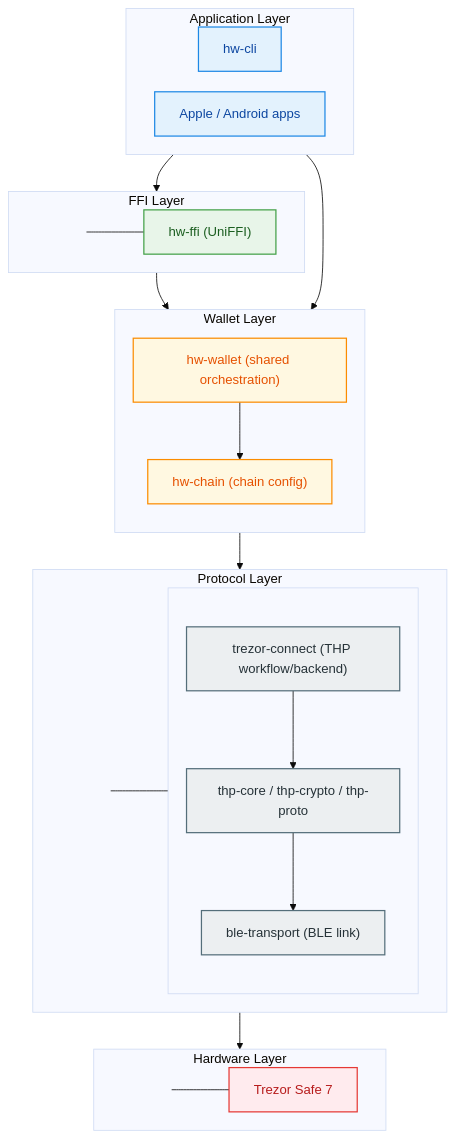
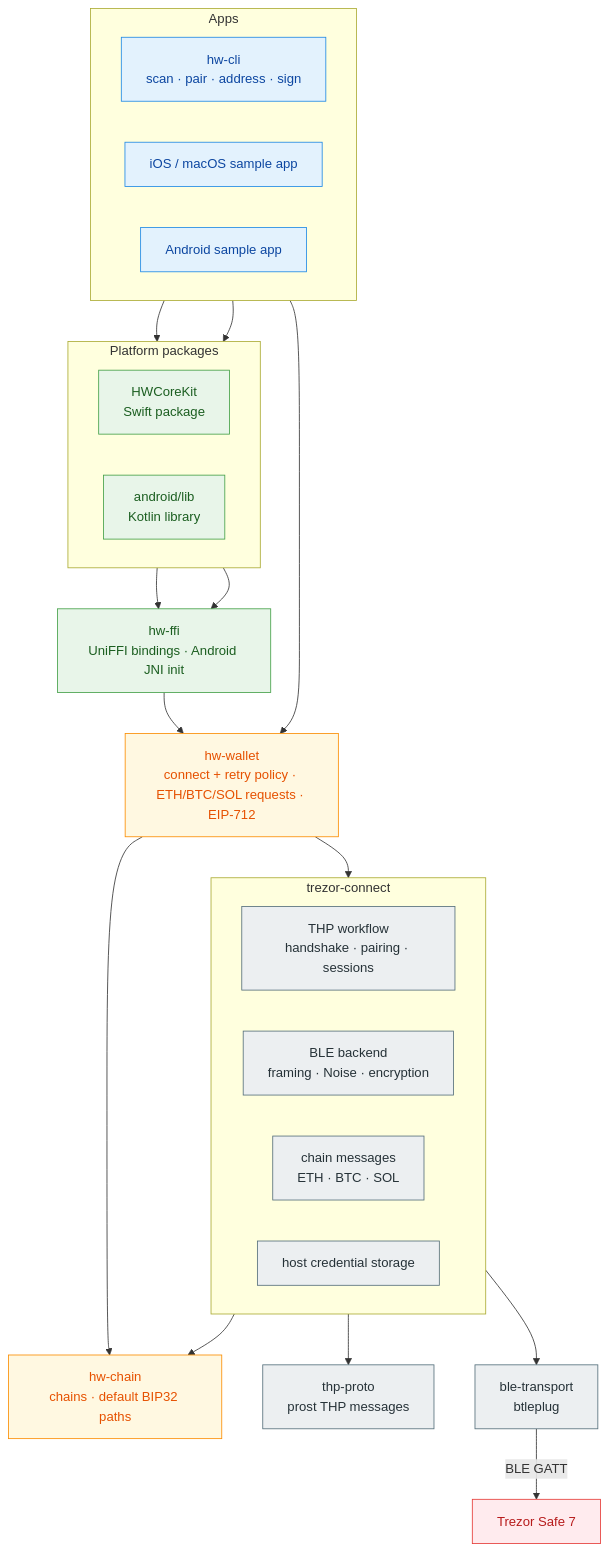
The diagram in README.md (hewigovens/hw-core), drawn with Mermaid before and after one commit. The commit also changed other lines of this file and 25 other files, not shown here.

First line of the commit message:
refactor: remove unused thp-core and thp-crypto crates (#95)

````diff
--- a/README.md
+++ b/README.md
@@ -23,64 +23,53 @@
 ```mermaid
-%%{init: {'theme':'base', 'flowchart': {'rankSpacing': 45, 'nodeSpacing': 25, 'curve': 'basis'}}}%%
 flowchart TB
-  subgraph L1["Application Layer"]
+  subgraph apps["Apps"]
     direction LR
-    CLI["hw-cli"]
-    APP["Apple / Android apps"]
+    CLI["hw-cli<br/>scan · pair · address · sign"]
+    APPLE["iOS / macOS sample app"]
+    ANDROID["Android sample app"]
   end
 
-  subgraph L2["FFI Layer"]
+  subgraph packages["Platform packages"]
     direction LR
-    FFI_PAD[" "]
-    FFI["hw-ffi (UniFFI)"]
-    FFI_PAD --- FFI
+    SWIFT["HWCoreKit<br/>Swift package"]
+    KOTLIN["android/lib<br/>Kotlin library"]
   end
 
-  subgraph L3["Wallet Layer"]
-    direction TB
-    WALLET["hw-wallet (shared orchestration)"]
-    CHAIN["hw-chain (chain config)"]
-    WALLET --> CHAIN
+  FFI["hw-ffi<br/>UniFFI bindings · Android JNI init"]
+  WALLET["hw-wallet<br/>connect + retry policy · ETH/BTC/SOL requests · EIP-712"]
+  CHAIN["hw-chain<br/>chains · default BIP32 paths"]
+
+  subgraph connect["trezor-connect"]
+    direction LR
+    WORKFLOW["THP workflow<br/>handshake · pairing · sessions"]
+    BACKEND["BLE backend<br/>framing · Noise · encryption"]
+    MAPPING["chain messages<br/>ETH · BTC · SOL"]
+    STORAGE["host credential storage"]
   end
 
-  subgraph L4["Protocol Layer"]
-    direction LR
-    PROTO_PAD[" "]
-    subgraph L4S[" "]
-      direction TB
-      CONNECT["trezor-connect (THP workflow/backend)"]
-      THP["thp-core / thp-crypto / thp-proto"]
-      BLE["ble-transport (BLE link)"]
-      CONNECT --> THP
-      THP --> BLE
-    end
-    PROTO_PAD --- CONNECT
-  end
+  PROTO["thp-proto<br/>prost THP messages"]
+  BLE["ble-transport<br/>btleplug"]
+  DEVICE["Trezor Safe 7"]
 
-  subgraph L5["Hardware Layer"]
-    direction LR
-    HW_PAD[" "]
-    DEVICE["Trezor Safe 7"]
-    HW_PAD --- DEVICE
-  end
+  APPLE --> SWIFT --> FFI
+  ANDROID --> KOTLIN --> FFI
+  CLI --> WALLET
+  FFI --> WALLET
+  WALLET --> CHAIN
+  WALLET --> connect
+  connect --> CHAIN
+  connect --> PROTO
+  BACKEND --> BLE
+  BLE -- "BLE GATT" --> DEVICE
 
-  CLI --> WALLET
-  APP --> FFI_PAD
-  FFI --> WALLET
-  CHAIN --> PROTO_PAD
-  BLE --> HW_PAD
-
-  classDef appLayer fill:#E3F2FD,stroke:#1E88E5,color:#0D47A1,stroke-width:1.5px;
-  classDef ffiLayer fill:#E8F5E9,stroke:#43A047,color:#1B5E20,stroke-width:1.5px;
-  classDef walletLayer fill:#FFF8E1,stroke:#FB8C00,color:#E65100,stroke-width:1.5px;
-  classDef protoLayer fill:#ECEFF1,stroke:#546E7A,color:#263238,stroke-width:1.5px;
-  classDef hwLayer fill:#FFEBEE,stroke:#E53935,color:#B71C1C,stroke-width:1.5px;
-  classDef spacer fill:transparent,stroke:transparent,color:transparent;
-
-  class CLI,APP appLayer;
-  class FFI ffiLayer;
-  class WALLET,CHAIN walletLayer;
-  class CONNECT,BLE,THP protoLayer;
-  class DEVICE hwLayer;
-  class FFI_PAD,PROTO_PAD,HW_PAD spacer;
+  classDef app fill:#E3F2FD,stroke:#1E88E5,color:#0D47A1;
+  classDef ffi fill:#E8F5E9,stroke:#43A047,color:#1B5E20;
+  classDef wallet fill:#FFF8E1,stroke:#FB8C00,color:#E65100;
+  classDef proto fill:#ECEFF1,stroke:#546E7A,color:#263238;
+  classDef hw fill:#FFEBEE,stroke:#E53935,color:#B71C1C;
+  class CLI,APPLE,ANDROID app;
+  class SWIFT,KOTLIN,FFI ffi;
+  class WALLET,CHAIN wallet;
+  class WORKFLOW,BACKEND,MAPPING,STORAGE,PROTO,BLE proto;
+  class DEVICE hw;
 ```
````
